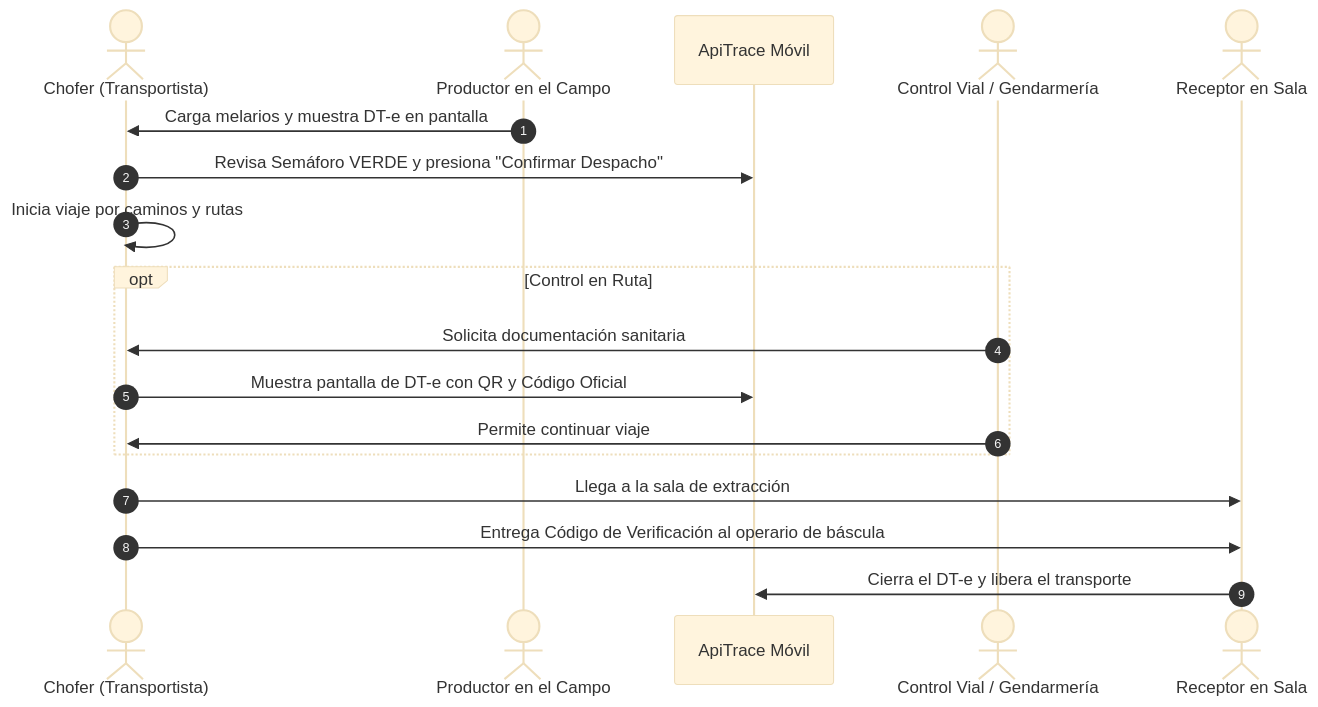
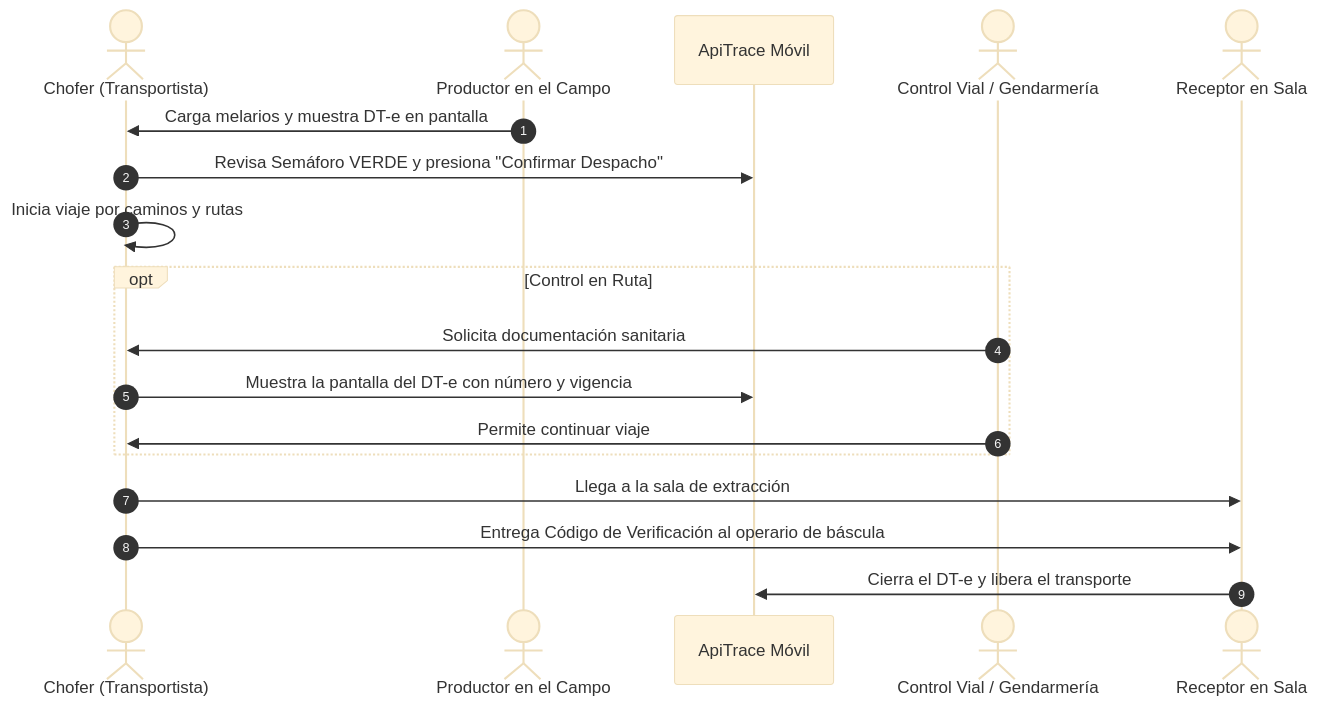
One commit to josephred/ApiTrace changed the second of 2 diagrams in docs/manuales/04-manual-transportista.md. Above: the diagram before and after it, drawn with Mermaid (base theme). The commit also changed other lines of this file and 114 other files, not shown here.

````diff
--- a/docs/manuales/04-manual-transportista.md
+++ b/docs/manuales/04-manual-transportista.md
@@ -56,21 +56,21 @@
 ```mermaid
 sequenceDiagram
     autonumber
     actor C as Chofer (Transportista)
     actor P as Productor en el Campo
     participant App as ApiTrace Móvil
     actor S as Control Vial / Gendarmería
     actor E as Receptor en Sala
 
     P->>C: Carga melarios y muestra DT-e en pantalla
     C->>App: Revisa Semáforo VERDE y presiona "Confirmar Despacho"
     C->>C: Inicia viaje por caminos y rutas
     opt Control en Ruta
         S->>C: Solicita documentación sanitaria
-        C->>App: Muestra pantalla de DT-e con QR y Código Oficial
+        C->>App: Muestra la pantalla del DT-e con número y vigencia
         S->>C: Permite continuar viaje
     end
     C->>E: Llega a la sala de extracción
     C->>E: Entrega Código de Verificación al operario de báscula
     E->>App: Cierra el DT-e y libera el transporte
 ```
````
